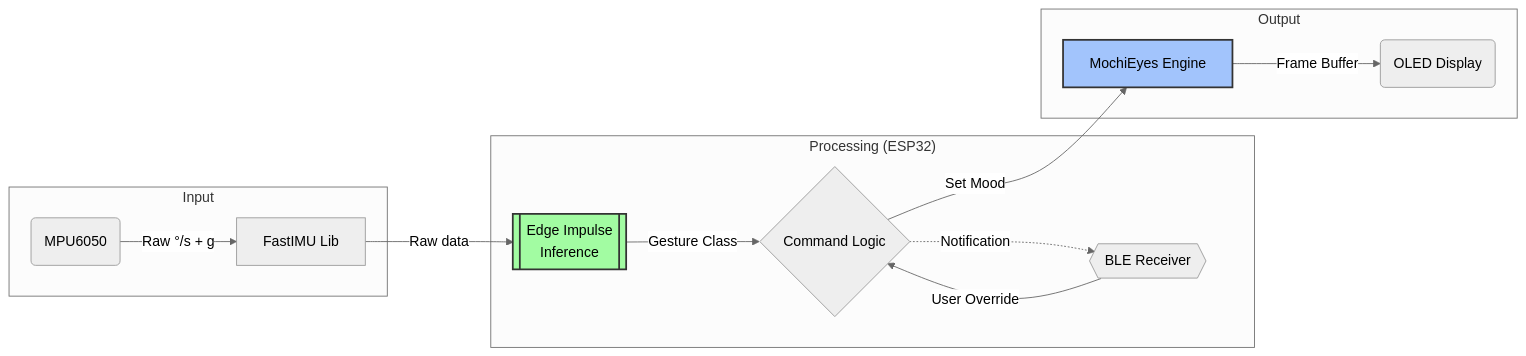
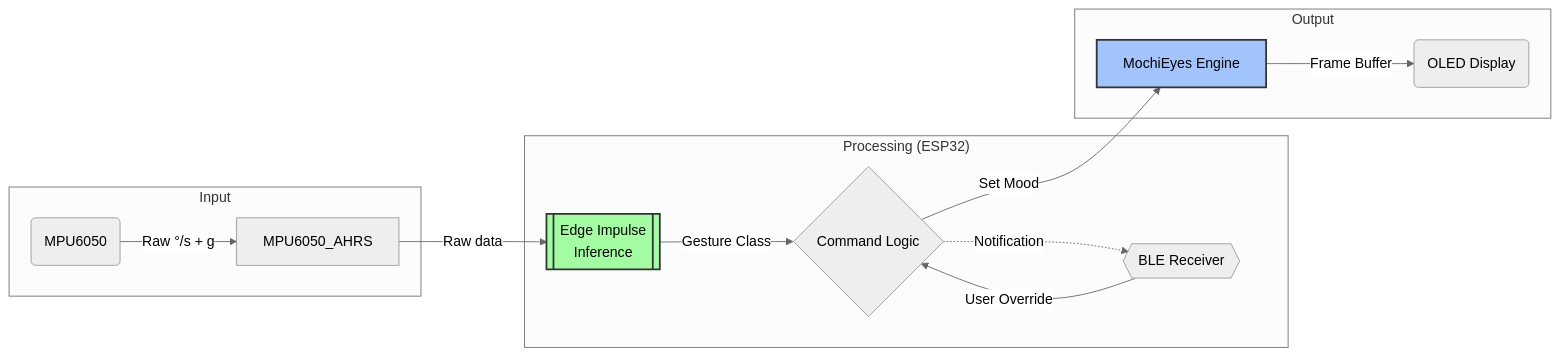
The second of 2 diagrams in README.md (sanicxt/Leor), drawn with Mermaid (neutral theme) before and after one commit. The commit also changed other lines of this file and 8 other files, not shown here.

First line of the commit message:
refactor: IMU integration to use MPU6050_AHRS class

````diff
--- a/README.md
+++ b/README.md
@@ -169,22 +169,22 @@
 ```mermaid
 flowchart LR
     subgraph Input
-        IMU(MPU6050) -->|Raw °/s + g| FastIMU[FastIMU Lib]
+        IMU(MPU6050) -->|Raw °/s + g| AHRS[MPU6050_AHRS]
     end
 
     subgraph "Processing (ESP32)"
-        FastIMU -->|Raw data| EI[[Edge Impulse<br>Inference]]
+        AHRS -->|Raw data| EI[[Edge Impulse<br>Inference]]
         EI -->|Gesture Class| Logic{Command Logic}
         BLE{{BLE Receiver}} -->|User Override| Logic
     end
 
     subgraph Output
         Logic -->|Set Mood| Mochi[MochiEyes Engine]
         Mochi -->|Frame Buffer| OLED(OLED Display)
         Logic -.->|Notification| BLE
     end
 
     style EI fill:#a2fca2,stroke:#333,stroke-width:2px
     style Mochi fill:#a2c4fc,stroke:#333,stroke-width:2px
 
 ```
````
